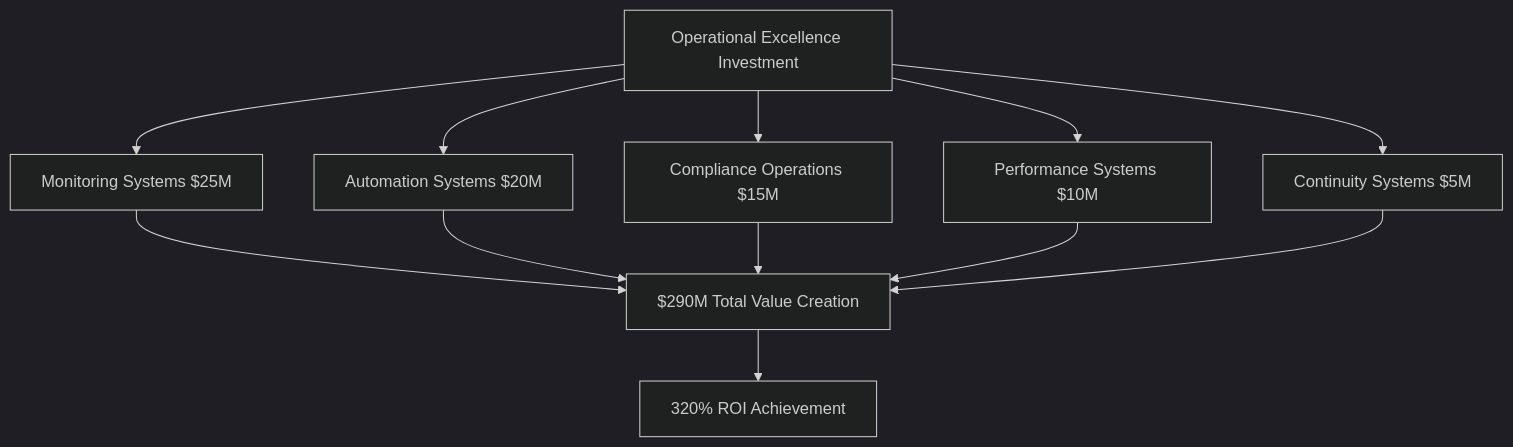
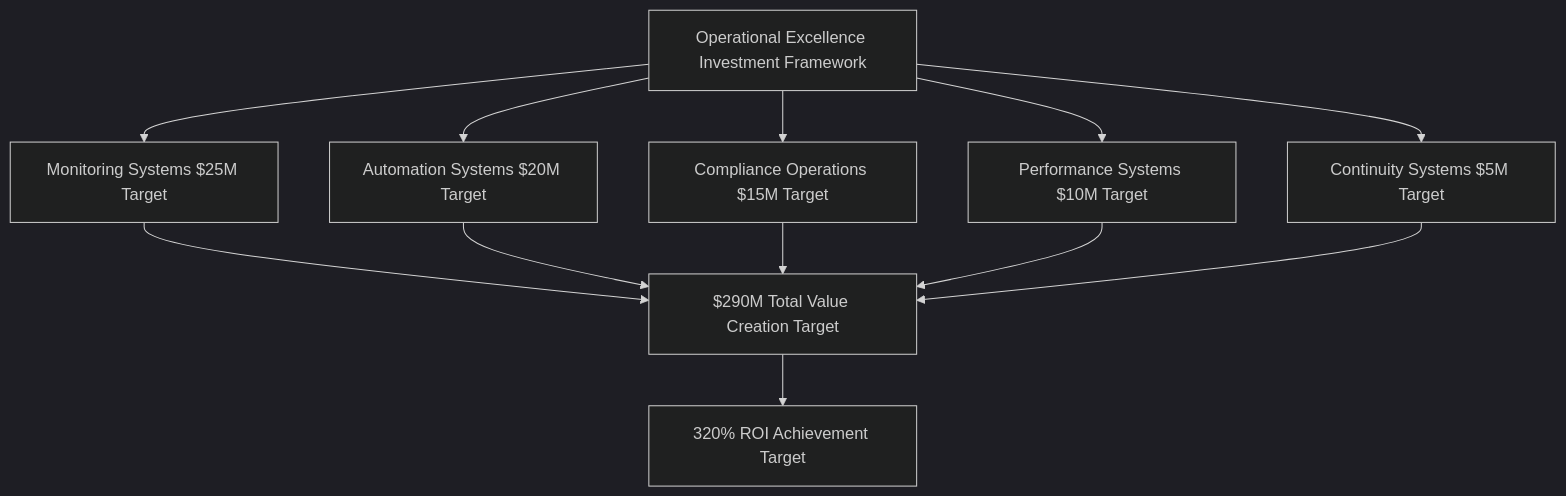
Before and after one commit to mydr24/book: the third of 12 diagrams in chapters/11-monitoring-observability.md, drawn with Mermaid (dark theme). The commit also changed other lines of this file and 15 other files, not shown here.

````diff
--- a/chapters/11-monitoring-observability.md
+++ b/chapters/11-monitoring-observability.md
@@ -162,16 +164,16 @@
 ```mermaid
 graph TD
-    A[Operational Excellence Investment] --> B[Monitoring Systems $25M]
-    A --> C[Automation Systems $20M]
-    A --> D[Compliance Operations $15M]
-    A --> E[Performance Systems $10M]
-    A --> F[Continuity Systems $5M]
+    A[Operational Excellence Investment Framework] --> B[Monitoring Systems $25M Target]
+    A --> C[Automation Systems $20M Target]
+    A --> D[Compliance Operations $15M Target]
+    A --> E[Performance Systems $10M Target]
+    A --> F[Continuity Systems $5M Target]
     
-    B --> G[$290M Total Value Creation]
+    B --> G[$290M Total Value Creation Target]
     C --> G
     D --> G
     E --> G
     F --> G
     
-    G --> H[320% ROI Achievement]
+    G --> H[320% ROI Achievement Target]
 ```
````
